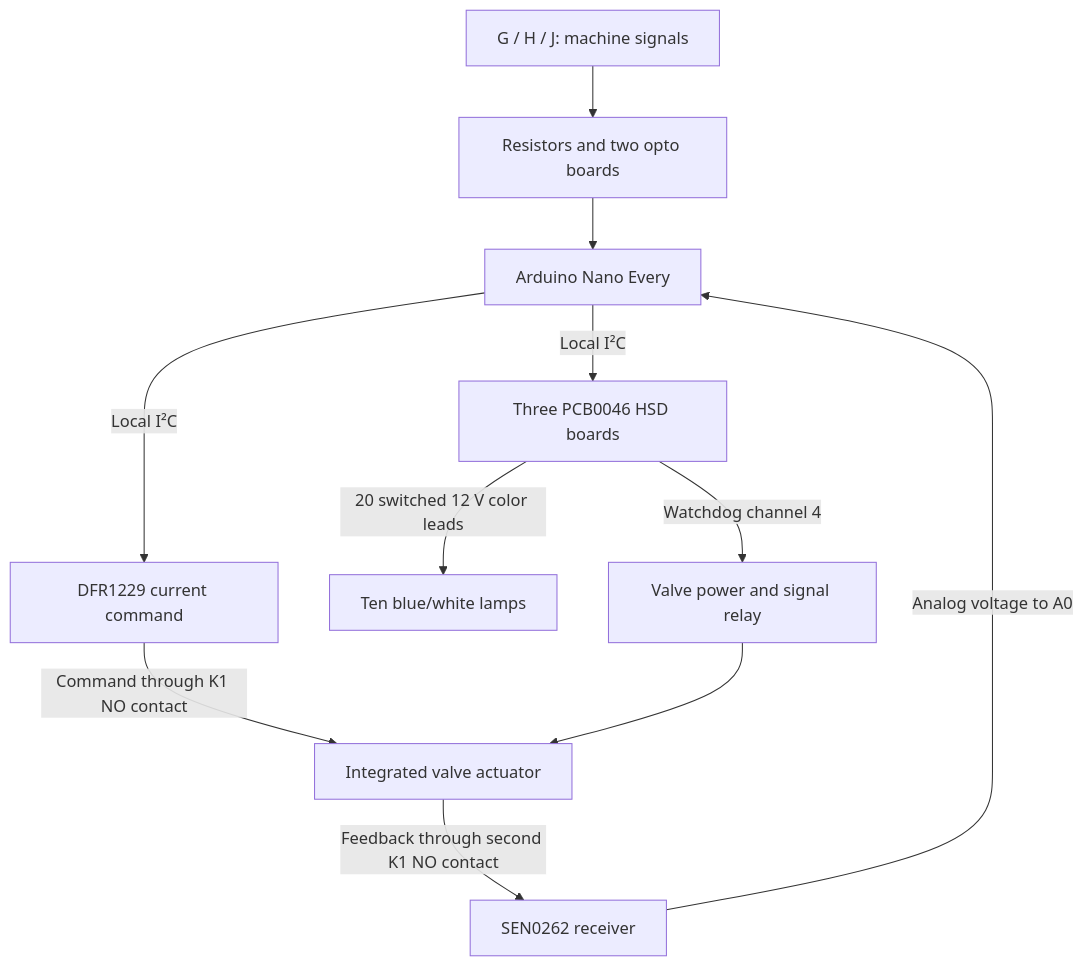
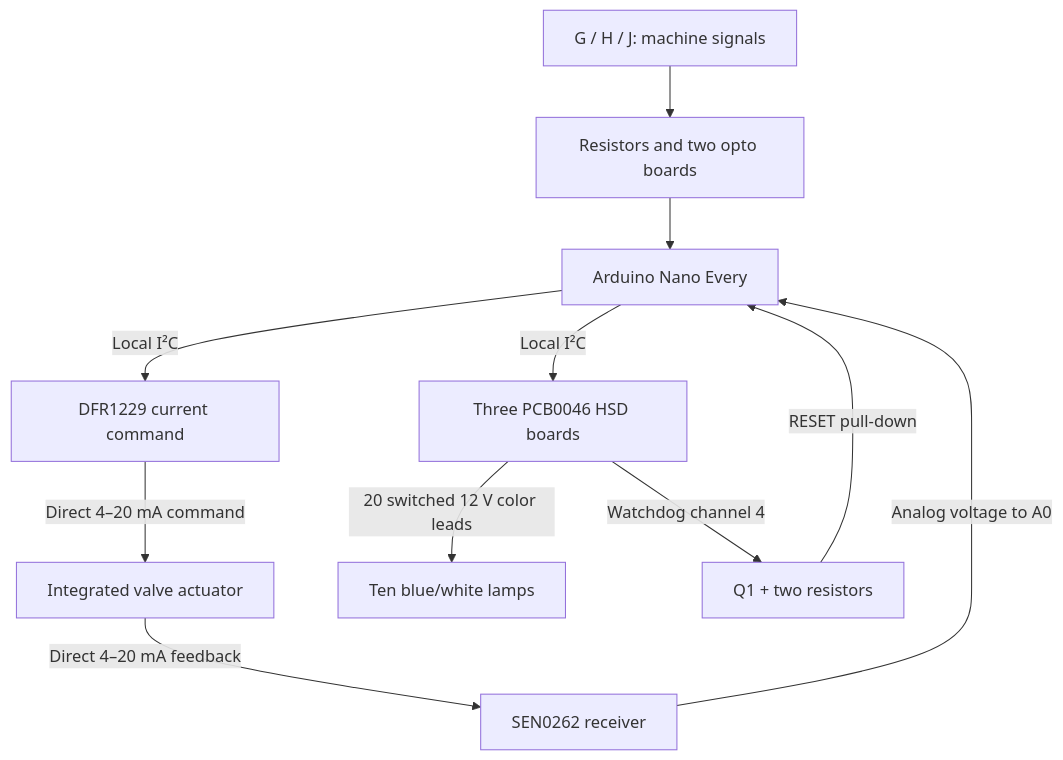
Before and after one commit to aeae1/Rock-Saw-Water-Control: the first of 2 diagrams in docs/connections.md, drawn with Mermaid. The commit also changed other lines of this file and 39 other files, not shown here.

First line of the commit message:
Rev F: simplify valve wiring and add continuous left-entry schematic

````diff
--- a/docs/connections.md
+++ b/docs/connections.md
@@ -9,13 +9,13 @@
 ```mermaid
 flowchart TD
     I["G / H / J: machine signals"] --> Q["Resistors and two opto boards"]
     Q --> C["Arduino Nano Every"]
     C -->|"Local I²C"| D["DFR1229 current command"]
-    D -->|"Command through K1 NO contact"| V["Integrated valve actuator"]
-    V -->|"Feedback through second K1 NO contact"| R["SEN0262 receiver"]
+    D -->|"Direct 4–20 mA command"| V["Integrated valve actuator"]
+    V -->|"Direct 4–20 mA feedback"| R["SEN0262 receiver"]
     R -->|"Analog voltage to A0"| C
     C -->|"Local I²C"| H["Three PCB0046 HSD boards"]
     H -->|"20 switched 12 V color leads"| L["Ten blue/white lamps"]
-    H -->|"Watchdog channel 4"| P["Valve power and signal relay"]
-    P --> V
+    H -->|"Watchdog channel 4"| P["Q1 + two resistors"]
+    P -->|"RESET pull-down"| C
 ```
````
